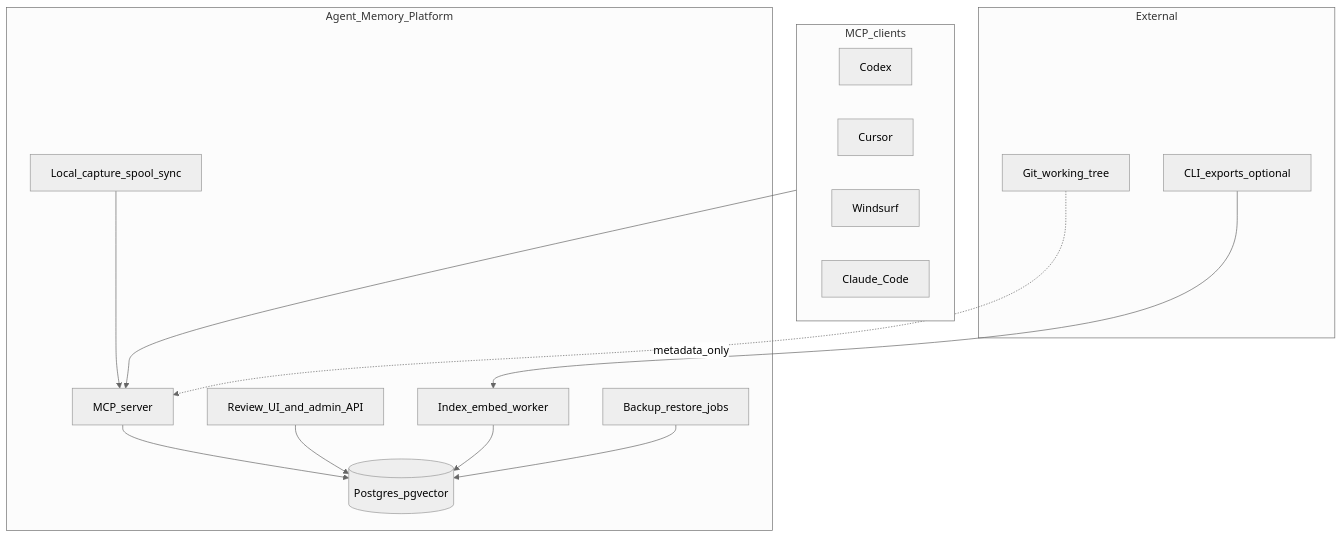
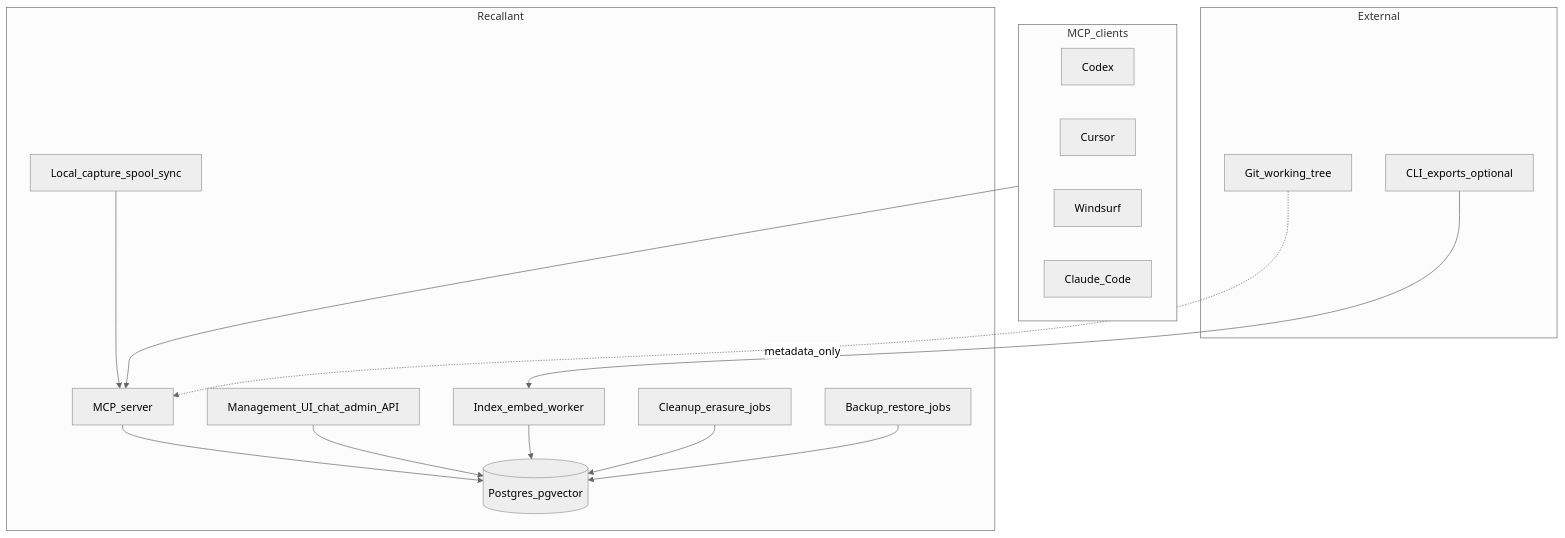
One commit to Mushkrot/Recallant changed the first of 6 diagrams in docs/ARCHITECTURE.md. Above: the diagram before and after it, drawn with Mermaid (neutral theme). The commit also changed other lines of this file and 34 other files, not shown here.

````diff
--- a/docs/ARCHITECTURE.md
+++ b/docs/ARCHITECTURE.md
@@ -40,28 +44,30 @@
 ```mermaid
 flowchart TB
   subgraph clients [MCP_clients]
     Codex
     Cursor
     Windsurf
     ClaudeCode[Claude_Code]
   end
-  subgraph recallant [Agent_Memory_Platform]
+  subgraph recallant [Recallant]
     MCP[MCP_server]
     Spool[Local_capture_spool_sync]
-    UI[Review_UI_and_admin_API]
+    UI[Management_UI_chat_admin_API]
     Worker[Index_embed_worker]
+    Cleanup[Cleanup_erasure_jobs]
     Backup[Backup_restore_jobs]
     MCP --> Store[(Postgres_pgvector)]
     Spool --> MCP
     Worker --> Store
+    Cleanup --> Store
     UI --> Store
     Backup --> Store
   end
   subgraph external [External]
     GitRepo[Git_working_tree]
     Exports[CLI_exports_optional]
   end
   clients --> MCP
   Exports --> Worker
   GitRepo -.->|"metadata_only"| MCP
 ```
````
